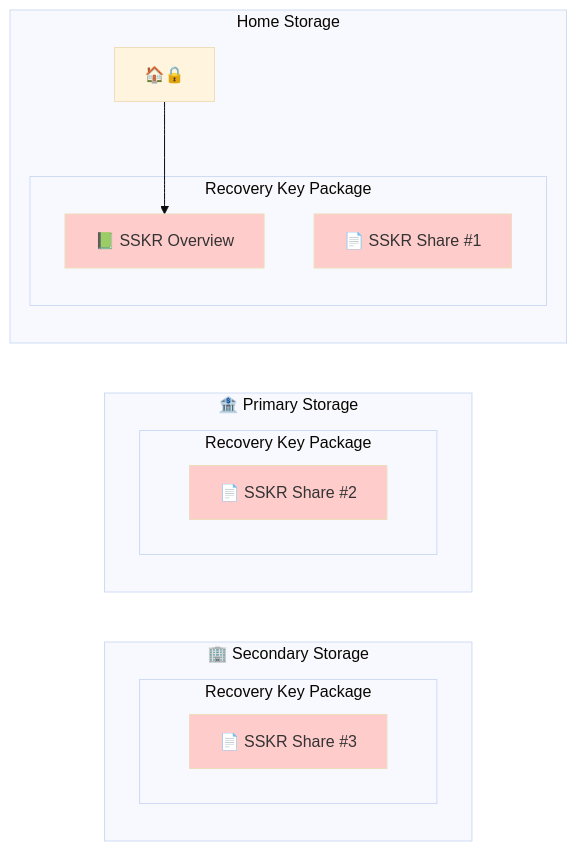
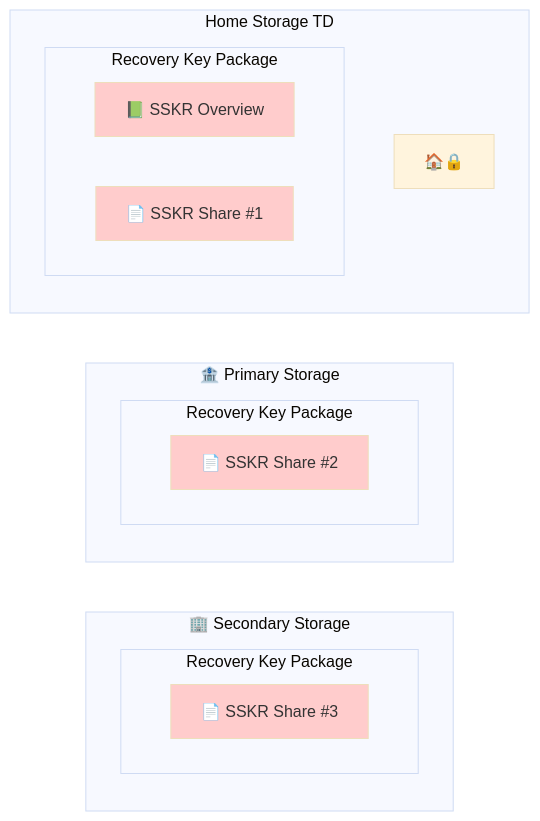
Diagram 15 of 24 in Docs/Scenario-Multisig.md (BlockchainCommons/SmartCustody), drawn with Mermaid (base theme) before and after one commit.

````diff
--- a/Docs/Scenario-Multisig.md
+++ b/Docs/Scenario-Multisig.md
@@ -556,27 +556,26 @@
     ```mermaid
     graph LR;
     classDef subgraph_padding fill:none,stroke:none
     subgraph secondary ["🏢 Secondary Storage"]
       subgraph "Recovery Key Package"
       D["📄 SSKR Share #3"]
       end
     end
     subgraph "🏦 Primary Storage"
       subgraph "Recovery Key Package"
       C["📄 SSKR Share #2"]
       end
     end
-    subgraph "Home Storage"
+    subgraph "Home Storage" TD
       AMeta["🏠🔒"]
       subgraph homerecovery["Recovery Key Package"]
       A["📗 SSKR Overview"]
       B["📄 SSKR Share #1"]
       end
-      AMeta-->A
     end
     
     style A fill:#ffcccc;
     style B fill:#ffcccc;
     style C fill:#ffcccc;
     style D fill:#ffcccc;
     ```
````
